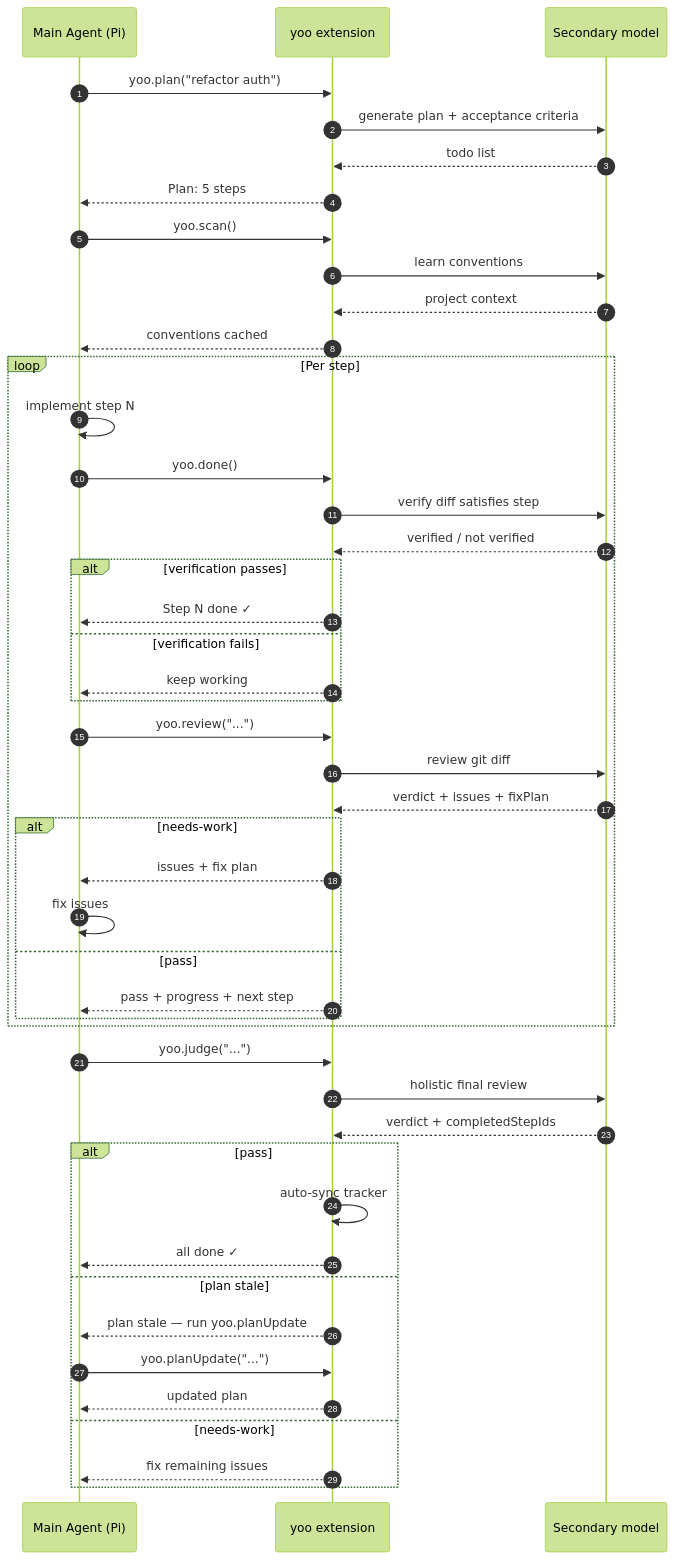
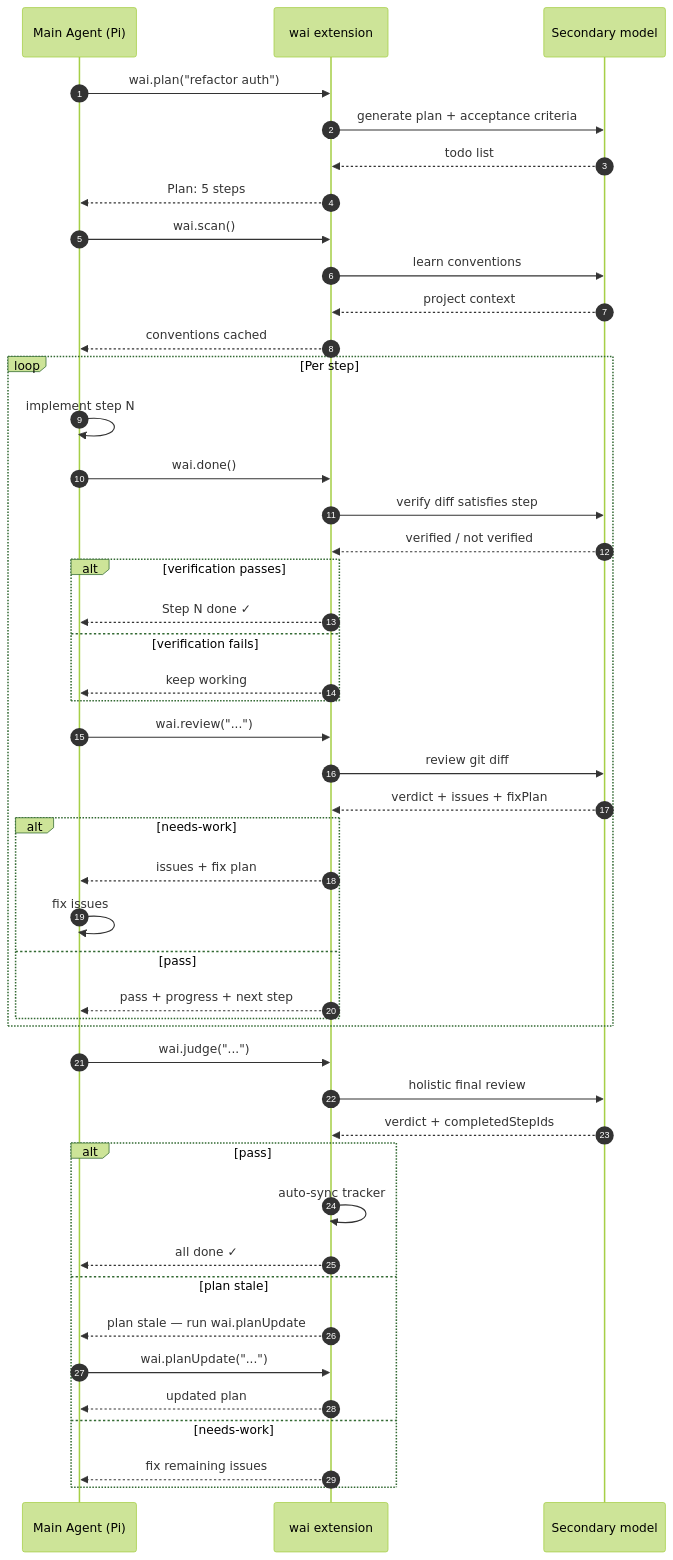
Before and after one commit to whatley95/pi-yoowai-dev: the diagram in README.md, drawn with Mermaid (forest theme). The commit also changed other lines of this file and 94 other files, not shown here.

````diff
--- a/README.md
+++ b/README.md
@@ -375,53 +426,53 @@
 ```mermaid
 sequenceDiagram
     autonumber
     participant MA as Main Agent (Pi)
-    participant Yoo as yoo extension
+    participant Wai as wai extension
     participant SM as Secondary model
 
-    MA->>Yoo: yoo.plan("refactor auth")
-    Yoo->>SM: generate plan + acceptance criteria
-    SM-->>Yoo: todo list
-    Yoo-->>MA: Plan: 5 steps
+    MA->>Wai: wai.plan("refactor auth")
+    Wai->>SM: generate plan + acceptance criteria
+    SM-->>Wai: todo list
+    Wai-->>MA: Plan: 5 steps
 
-    MA->>Yoo: yoo.scan()
-    Yoo->>SM: learn conventions
-    SM-->>Yoo: project context
-    Yoo-->>MA: conventions cached
+    MA->>Wai: wai.scan()
+    Wai->>SM: learn conventions
+    SM-->>Wai: project context
+    Wai-->>MA: conventions cached
 
     loop Per step
         MA->>MA: implement step N
-        MA->>Yoo: yoo.done()
-        Yoo->>SM: verify diff satisfies step
-        SM-->>Yoo: verified / not verified
+        MA->>Wai: wai.done()
+        Wai->>SM: verify diff satisfies step
+        SM-->>Wai: verified / not verified
         alt verification passes
-            Yoo-->>MA: Step N done ✓
+            Wai-->>MA: Step N done ✓
         else verification fails
-            Yoo-->>MA: keep working
+            Wai-->>MA: keep working
         end
 
-        MA->>Yoo: yoo.review("...")
-        Yoo->>SM: review git diff
-        SM-->>Yoo: verdict + issues + fixPlan
+        MA->>Wai: wai.review("...")
+        Wai->>SM: review git diff
+        SM-->>Wai: verdict + issues + fixPlan
         alt needs-work
-            Yoo-->>MA: issues + fix plan
+            Wai-->>MA: issues + fix plan
             MA->>MA: fix issues
         else pass
-            Yoo-->>MA: pass + progress + next step
+            Wai-->>MA: pass + progress + next step
         end
     end
 
-    MA->>Yoo: yoo.judge("...")
-    Yoo->>SM: holistic final review
-    SM-->>Yoo: verdict + completedStepIds
+    MA->>Wai: wai.judge("...")
+    Wai->>SM: holistic final review
+    SM-->>Wai: verdict + completedStepIds
     alt pass
-        Yoo->>Yoo: auto-sync tracker
-        Yoo-->>MA: all done ✓
+        Wai->>Wai: auto-sync tracker
+        Wai-->>MA: all done ✓
     else plan stale
-        Yoo-->>MA: plan stale — run yoo.planUpdate
-        MA->>Yoo: yoo.planUpdate("...")
-        Yoo-->>MA: updated plan
+        Wai-->>MA: plan stale — run wai.planUpdate
+        MA->>Wai: wai.planUpdate("...")
+        Wai-->>MA: updated plan
     else needs-work
-        Yoo-->>MA: fix remaining issues
+        Wai-->>MA: fix remaining issues
     end
 ```
````
